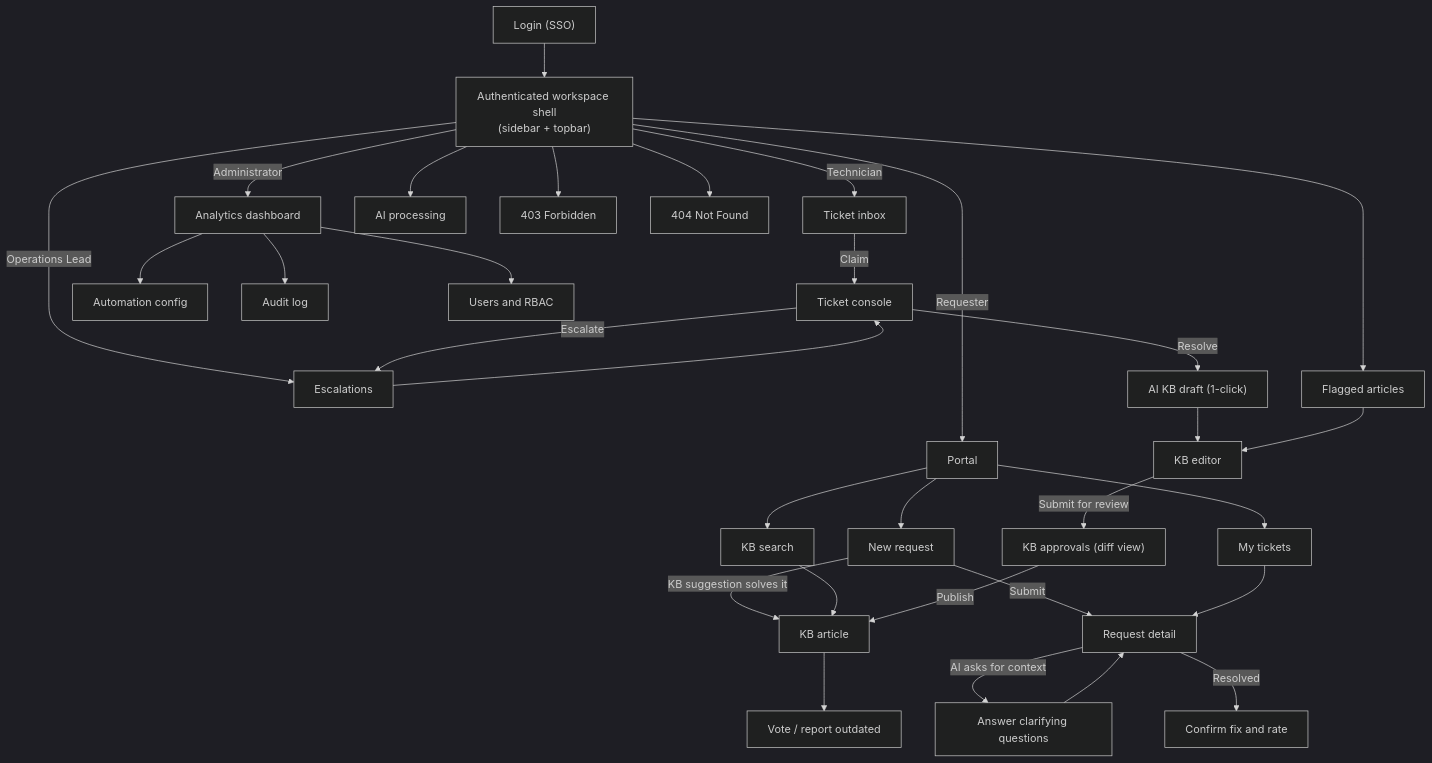
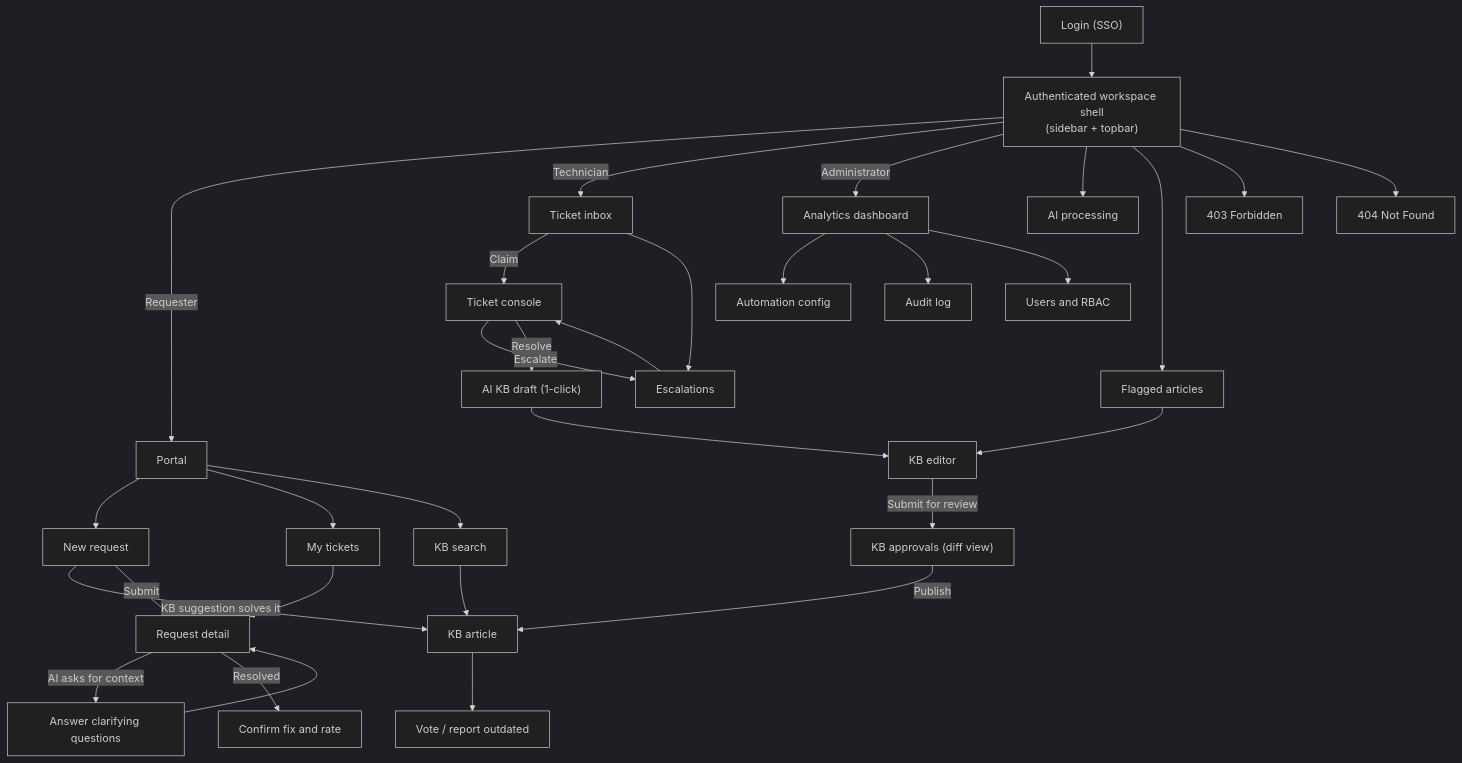
One commit to Akaza-ban/Fable changed the sixth of 6 diagrams in README.md. Above: the diagram before and after it, drawn with Mermaid (dark theme). The commit also changed other lines of this file, not shown here.

````diff
--- a/README.md
+++ b/README.md
@@ -316,37 +322,37 @@
 ``` mermaid
 flowchart TB
     Login["Login (SSO)"] --> Shell["Authenticated workspace shell<br/>(sidebar + topbar)"]
     Shell -->|"Requester"| Portal["Portal"]
     Shell -->|"Technician"| Inbox["Ticket inbox"]
-    Shell -->|"Operations Lead"| Escalations["Escalations"]
     Shell -->|"Administrator"| Analytics["Analytics dashboard"]
 
     Portal --> NewReq["New request"]
     NewReq -->|"KB suggestion solves it"| Article["KB article"]
     NewReq -->|"Submit"| ReqDetail["Request detail"]
     Portal --> MyTickets["My tickets"]
     MyTickets --> ReqDetail
     ReqDetail -->|"AI asks for context"| Clarify["Answer clarifying questions"]
     Clarify --> ReqDetail
     ReqDetail -->|"Resolved"| Confirm["Confirm fix and rate"]
     Portal --> Explore["KB search"]
     Explore --> Article
     Article --> Vote["Vote / report outdated"]
 
     Inbox -->|"Claim"| Console["Ticket console"]
+    Inbox --> Escalations["Escalations"]
     Escalations --> Console
     Console -->|"Escalate"| Escalations
     Console -->|"Resolve"| Synth["AI KB draft (1-click)"]
     Synth --> Editor["KB editor"]
     Editor -->|"Submit for review"| Approvals["KB approvals (diff view)"]
     Approvals -->|"Publish"| Article
     Shell --> AIFeed["AI processing"]
     Shell --> Flagged["Flagged articles"]
     Flagged --> Editor
 
     Analytics --> Automation["Automation config"]
     Analytics --> Audit["Audit log"]
     Analytics --> Users["Users and RBAC"]
     Shell --> Forbidden["403 Forbidden"]
     Shell --> NotFound["404 Not Found"]
 ```
````
